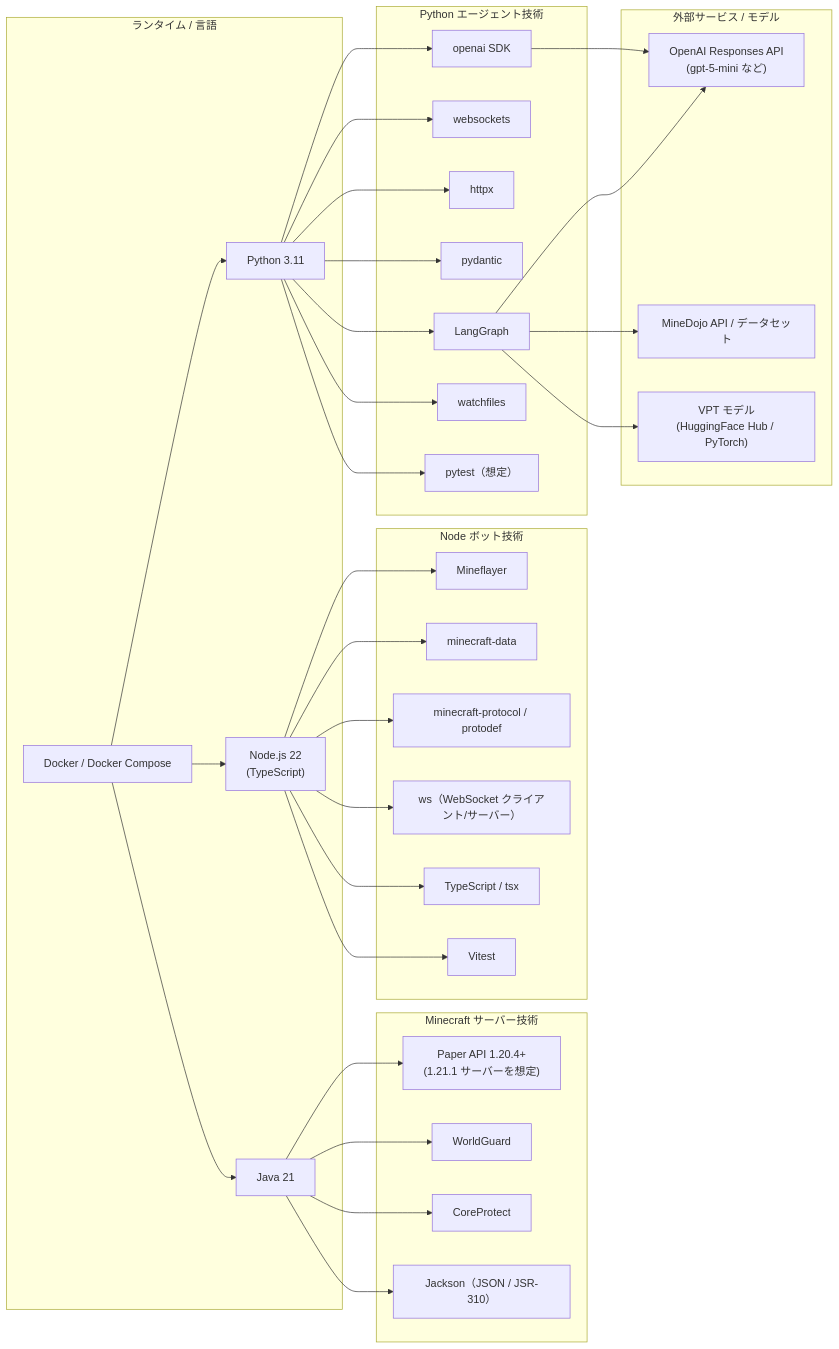
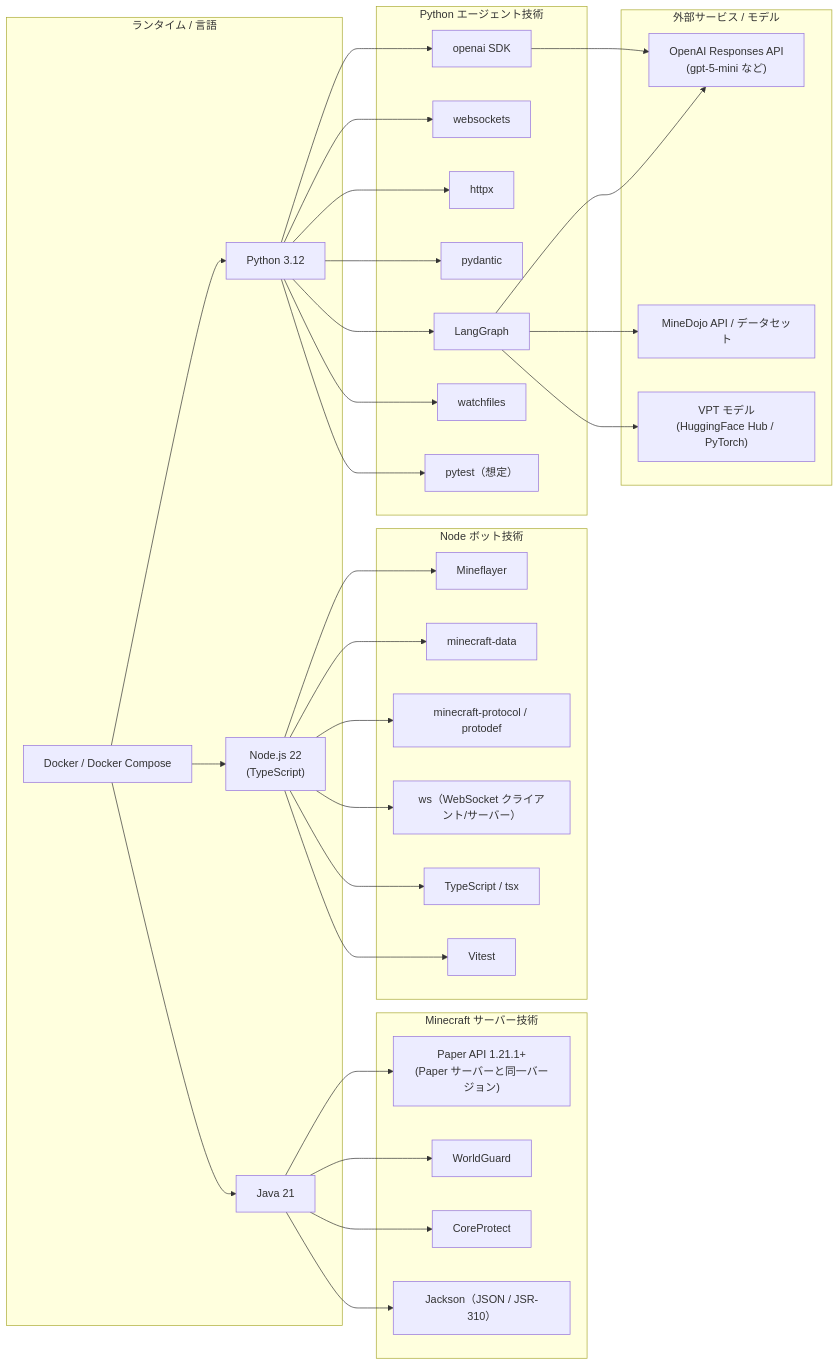
Before and after one commit to RiSEblackbird/mc-bot-egent-practice-1: the second of 2 diagrams in docs/tech_stack_diagram.md, drawn with Mermaid. The commit also changed other lines of this file and 3 other files, not shown here.

````diff
--- a/docs/tech_stack_diagram.md
+++ b/docs/tech_stack_diagram.md
@@ -86,76 +86,76 @@
 ```mermaid
 graph LR
     %% ランタイムと言語
     subgraph Runtime["ランタイム / 言語"]
         Java["Java 21"]
         NodeJS["Node.js 22<br/>(TypeScript)"]
-        Python["Python 3.11"]
+        Python["Python 3.12"]
         DockerRT["Docker / Docker Compose"]
     end
 
     %% Minecraft サーバー技術
     subgraph McServer["Minecraft サーバー技術"]
-        PaperAPI["Paper API 1.20.4+<br/>(1.21.1 サーバーを想定)"]
+        PaperAPI["Paper API 1.21.1+<br/>(Paper サーバーと同一バージョン)"]
         WorldGuard["WorldGuard"]
         CoreProtect["CoreProtect"]
         Jackson["Jackson（JSON / JSR-310）"]
     end
 
     %% Node ボット技術
     subgraph NodeTech["Node ボット技術"]
         Mineflayer["Mineflayer"]
         McData["minecraft-data"]
         McProtocol["minecraft-protocol / protodef"]
         WSNode["ws（WebSocket クライアント/サーバー）"]
         TS["TypeScript / tsx"]
         Vitest["Vitest"]
     end
 
     %% Python エージェント技術
     subgraph PyTech["Python エージェント技術"]
         OpenAI_SDK["openai SDK"]
         Websockets["websockets"]
         Httpx["httpx"]
         Pydantic["pydantic"]
         LangGraph["LangGraph"]
         Watchfiles["watchfiles"]
         Pytest["pytest（想定）"]
     end
 
     %% 外部サービス / モデル
     subgraph External["外部サービス / モデル"]
         OpenAI_API["OpenAI Responses API<br/>(gpt-5-mini など)"]
         MineDojoSvc["MineDojo API / データセット"]
         VPTModel["VPT モデル<br/>(HuggingFace Hub / PyTorch)"]
     end
 
     %% 相関関係
     Java --> PaperAPI
     Java --> WorldGuard
     Java --> CoreProtect
     Java --> Jackson
 
     NodeJS --> TS
     NodeJS --> Mineflayer
     NodeJS --> McData
     NodeJS --> McProtocol
     NodeJS --> WSNode
     NodeJS --> Vitest
 
     Python --> OpenAI_SDK
     Python --> Websockets
     Python --> Httpx
     Python --> Pydantic
     Python --> LangGraph
     Python --> Watchfiles
     Python --> Pytest
 
     OpenAI_SDK --> OpenAI_API
     LangGraph --> OpenAI_API
     LangGraph --> MineDojoSvc
     LangGraph --> VPTModel
 
     DockerRT --> NodeJS
     DockerRT --> Python
     DockerRT --> Java
 ```
````
